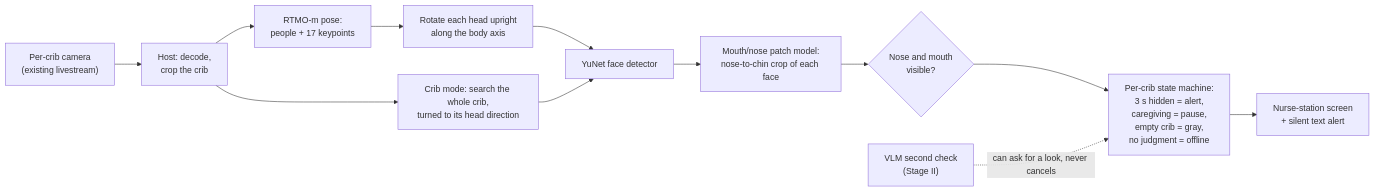
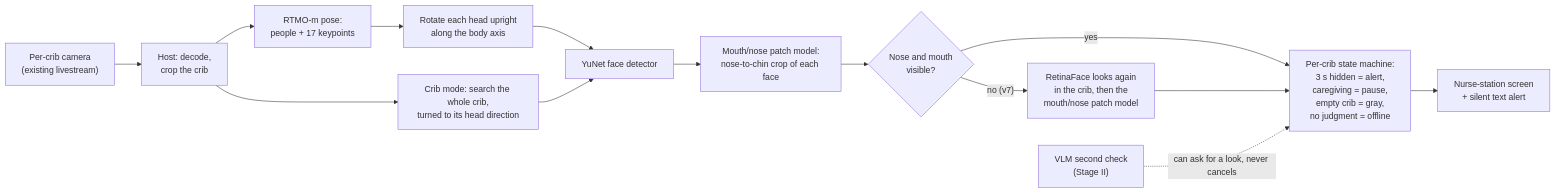
The diagram in README.md (StudentInTW/Baby-Groot), drawn with Mermaid before and after one commit. The commit also changed other lines of this file and 1 other file, not shown here.

First line of the commit message:
README: v7 as the main pipeline, RetinaFace on the chip, the 8-crib demo wall and phone push

````diff
--- a/README.md
+++ b/README.md
@@ -30,14 +31,16 @@
 ```mermaid
 flowchart LR
   cam["Per-crib camera<br/>(existing livestream)"] --> host["Host: decode,<br/>crop the crib"]
   host --> pose["RTMO-m pose:<br/>people + 17 keypoints"]
   pose --> head["Rotate each head upright<br/>along the body axis"]
   head --> face["YuNet face detector"]
   host --> crib["Crib mode: search the whole crib,<br/>turned to its head direction"]
   crib --> face
   face --> patch["Mouth/nose patch model:<br/>nose-to-chin crop of each face"]
   patch --> vis{"Nose and mouth<br/>visible?"}
-  vis --> state["Per-crib state machine:<br/>3 s hidden = alert,<br/>caregiving = pause,<br/>empty crib = gray,<br/>no judgment = offline"]
+  vis -->|yes| state["Per-crib state machine:<br/>3 s hidden = alert,<br/>caregiving = pause,<br/>empty crib = gray,<br/>no judgment = offline"]
+  vis -->|"no (v7)"| retina["RetinaFace looks again<br/>in the crib, then the<br/>mouth/nose patch model"]
+  retina --> state
   state --> nurse["Nurse-station screen<br/>+ silent text alert"]
   vlm["VLM second check<br/>(Stage II)"] -.->|can ask for a look, never cancels| state
 ```
````
